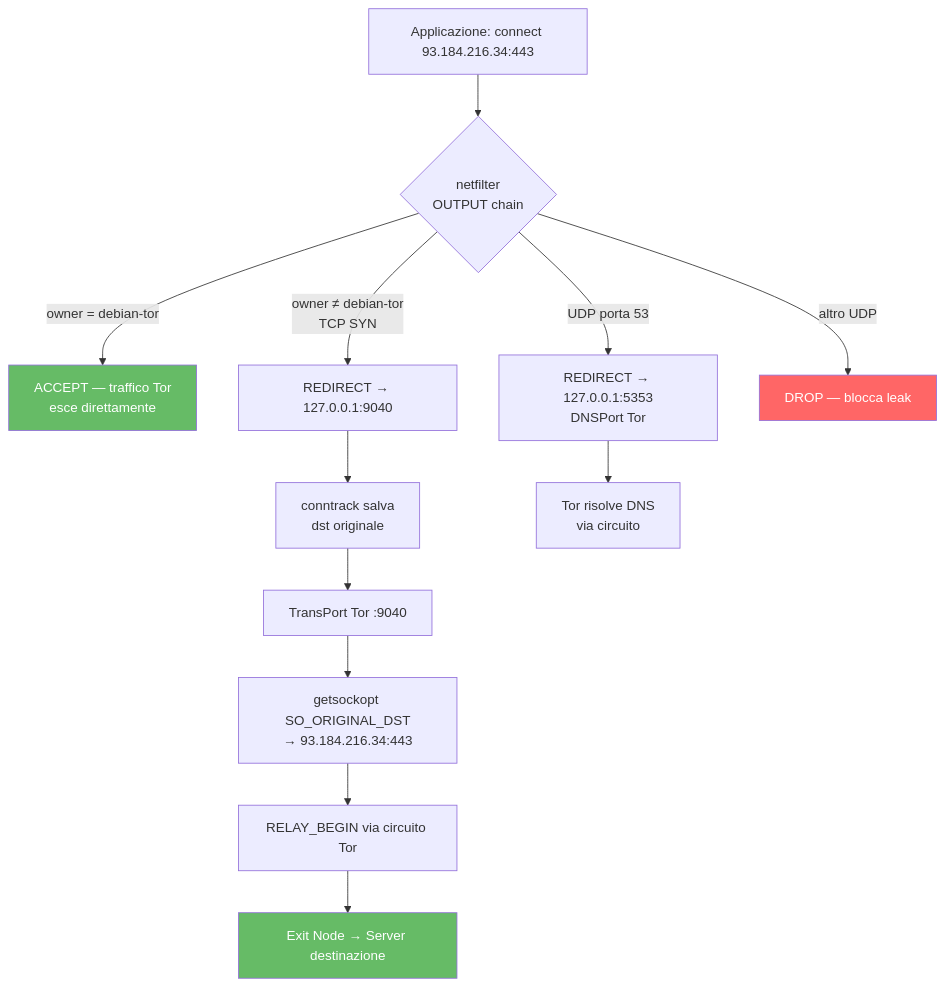
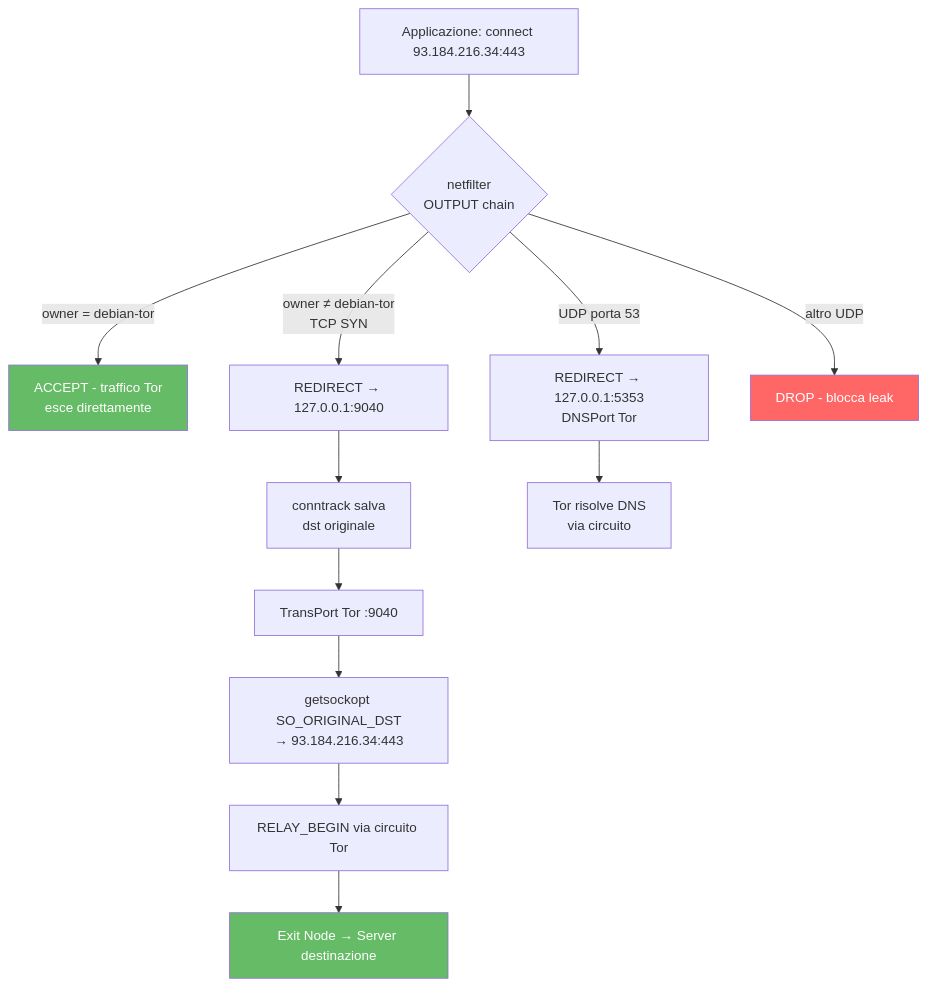
The diagram in docs/06-configurazioni-avanzate/transparent-proxy.md (Nicholas-Arcari/tor-networking-guide), drawn with Mermaid before and after one commit. The commit also changed other lines of this file, not shown here.

````diff
--- a/docs/06-configurazioni-avanzate/transparent-proxy.md
+++ b/docs/06-configurazioni-avanzate/transparent-proxy.md
@@ -95,20 +90,20 @@
 ```mermaid
 flowchart TD
     A[Applicazione: connect 93.184.216.34:443] --> B{netfilter<br/>OUTPUT chain}
-    B -->|owner = debian-tor| C[ACCEPT — traffico Tor<br/>esce direttamente]
+    B -->|owner = debian-tor| C[ACCEPT - traffico Tor<br/>esce direttamente]
     B -->|owner ≠ debian-tor<br/>TCP SYN| D[REDIRECT → 127.0.0.1:9040]
     B -->|UDP porta 53| E[REDIRECT → 127.0.0.1:5353<br/>DNSPort Tor]
-    B -->|altro UDP| F[DROP — blocca leak]
+    B -->|altro UDP| F[DROP - blocca leak]
 
     D --> G[conntrack salva<br/>dst originale]
     G --> H[TransPort Tor :9040]
     H --> I[getsockopt SO_ORIGINAL_DST<br/>→ 93.184.216.34:443]
     I --> J[RELAY_BEGIN via circuito Tor]
     J --> K[Exit Node → Server destinazione]
 
     E --> L[Tor risolve DNS<br/>via circuito]
 
     style F fill:#f66,color:#fff
     style C fill:#6b6,color:#fff
     style K fill:#6b6,color:#fff
 ```
````
